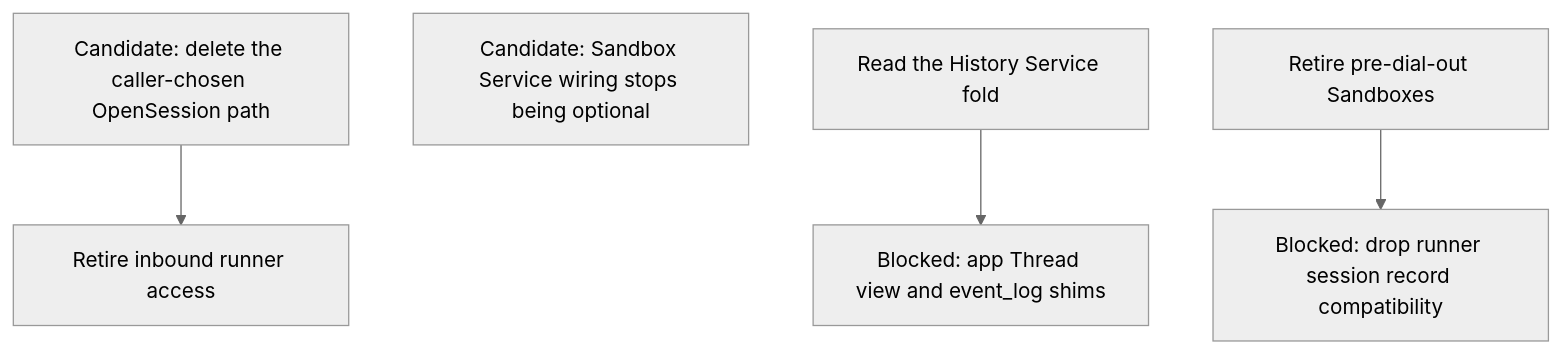
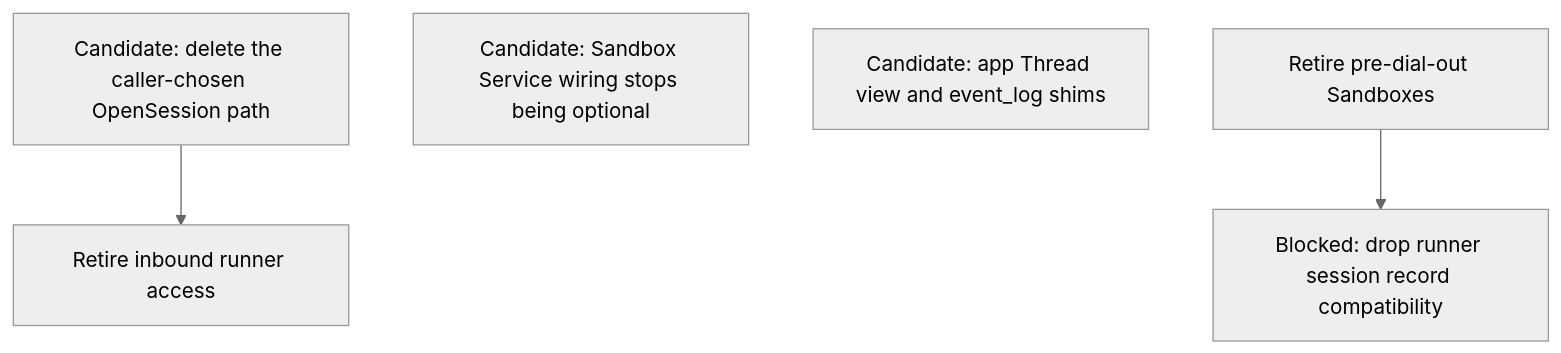
Diagram 11 of 11 in agentplane/plans/task_dag.md (agentydragon-agent/ducktape), drawn with Mermaid (neutral theme) before and after one commit. The commit also changed other lines of this file and 6 other files, not shown here.

First line of the commit message:
agentplane/plans: burn down the finished fold cutover nodes (#9814)

````diff
--- a/agentplane/plans/task_dag.md
+++ b/agentplane/plans/task_dag.md
@@ -1007,13 +968,11 @@
 ```mermaid
 flowchart TD
     OPEN_SESSION_RETIRE[Candidate: delete the caller-chosen OpenSession path]
     SANDBOX_SERVICE_RESOURCES_REQUIRED[Candidate: Sandbox Service wiring stops being optional]
-    APP_THREAD_VIEW_CLEANUP[Blocked: app Thread view and event_log shims]
+    APP_THREAD_VIEW_CLEANUP[Candidate: app Thread view and event_log shims]
     RUNNER_INBOUND_RETIRE[Retire inbound runner access]
-    FOLD_READ_CUTOVER[Read the History Service fold]
     OPEN_SESSION_RETIRE --> RUNNER_INBOUND_RETIRE
-    FOLD_READ_CUTOVER --> APP_THREAD_VIEW_CLEANUP
     RUNNER_SESSION_RECORD_SHIMS[Blocked: drop runner session record compatibility]
     LEGACY_SANDBOX_RETIRE[Retire pre-dial-out Sandboxes]
     LEGACY_SANDBOX_RETIRE --> RUNNER_SESSION_RECORD_SHIMS
 ```
````
